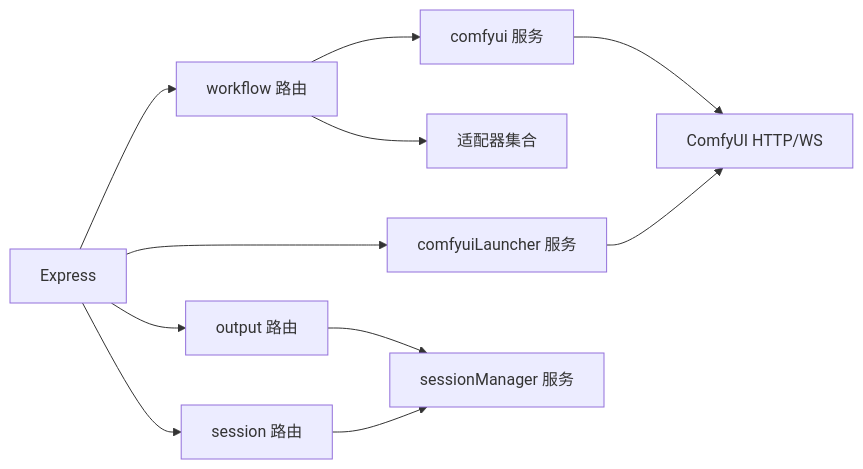
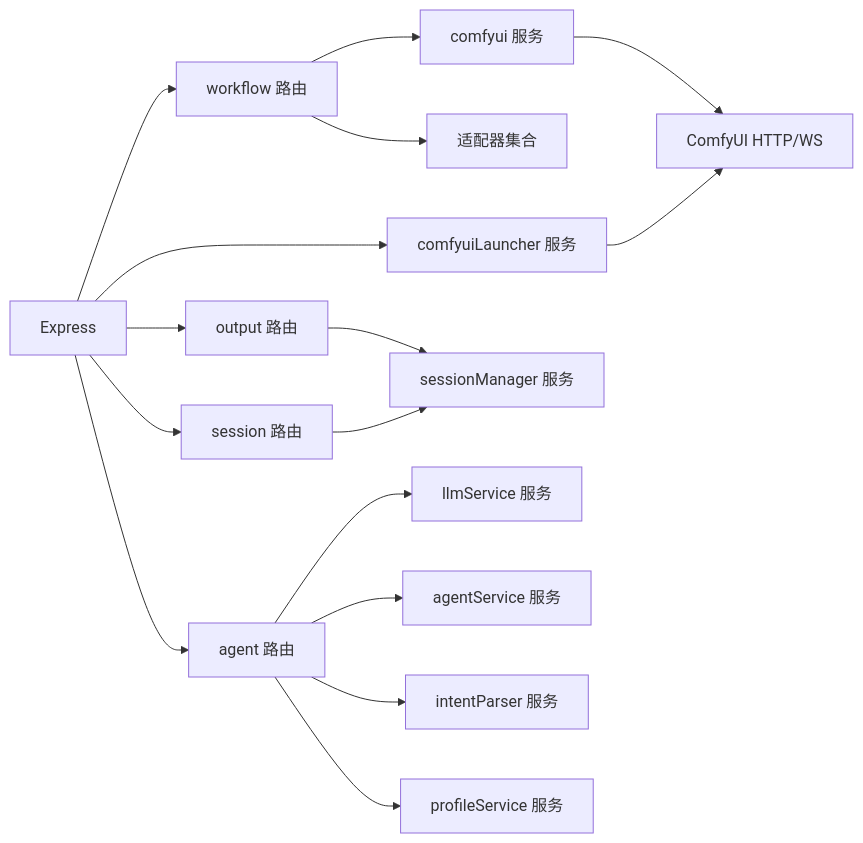
The eighth of 8 diagrams in .qoder/repowiki/zh/content/后端服务/后端服务.md (billye220670/CorineKit_Pix2Real), drawn with Mermaid before and after one commit. The commit also changed other lines of this file and 11 other files, not shown here.

````diff
--- a/.qoder/repowiki/zh/content/后端服务/后端服务.md
+++ b/.qoder/repowiki/zh/content/后端服务/后端服务.md
@@ -349,13 +425,18 @@
 ```mermaid
 graph LR
 Express["Express"] --> RouterW["workflow 路由"]
 Express --> RouterO["output 路由"]
 Express --> RouterS["session 路由"]
+Express --> RouterA["agent 路由"]
 Express --> Launcher["comfyuiLauncher 服务"]
 RouterW --> Adapter["适配器集合"]
 RouterW --> ServiceC["comfyui 服务"]
 RouterO --> ServiceS["sessionManager 服务"]
 RouterS --> ServiceS
+RouterA --> ServiceLLM["llmService 服务"]
+RouterA --> ServiceAgent["agentService 服务"]
+RouterA --> ServiceIntent["intentParser 服务"]
+RouterA --> ServiceProfile["profileService 服务"]
 ServiceC --> ComfyUI["ComfyUI HTTP/WS"]
 Launcher --> ComfyUI
 ```
````
